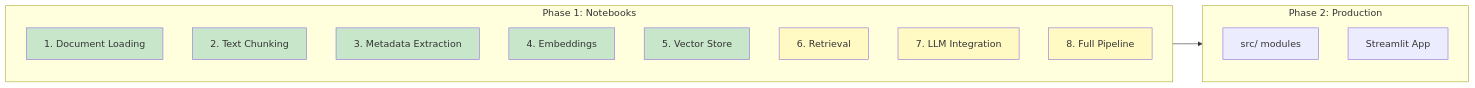
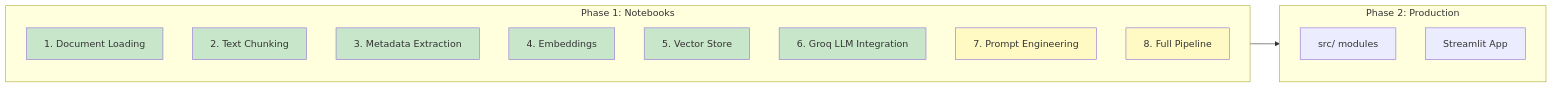
One commit to jaypatel-py/Lexi-Bot changed the third of 3 diagrams in README.md. Above: the diagram before and after it, drawn with Mermaid. The commit also changed other lines of this file and 7 other files, not shown here.

Commit message:
Groq API Integration added with Local Context of Chroma Embedded Chunks

````diff
--- a/README.md
+++ b/README.md
@@ -110,29 +143,29 @@
 ```mermaid
 flowchart LR
     A[Notebook Prototypes] --> B[MVP Prototype]
-    
+
     subgraph A[Phase 1: Notebooks]
         A1[1. Document Loading]
         A2[2. Text Chunking]
         A3[3. Metadata Extraction]
         A4[4. Embeddings]
         A5[5. Vector Store]
-        A6[6. Retrieval]
-        A7[7. LLM Integration]
+        A6[6. Groq LLM Integration]
+        A7[7. Prompt Engineering]
         A8[8. Full Pipeline]
     end
-    
+
     subgraph B[Phase 2: Production]
         B1[src/ modules]
         B2[Streamlit App]
     end
-    
+
     style A1 fill:#c8e6c9
     style A2 fill:#c8e6c9
     style A3 fill:#c8e6c9
     style A4 fill:#c8e6c9
     style A5 fill:#c8e6c9
-    style A6 fill:#fff9c4
+    style A6 fill:#c8e6c9
     style A7 fill:#fff9c4
     style A8 fill:#fff9c4
 ```
````
